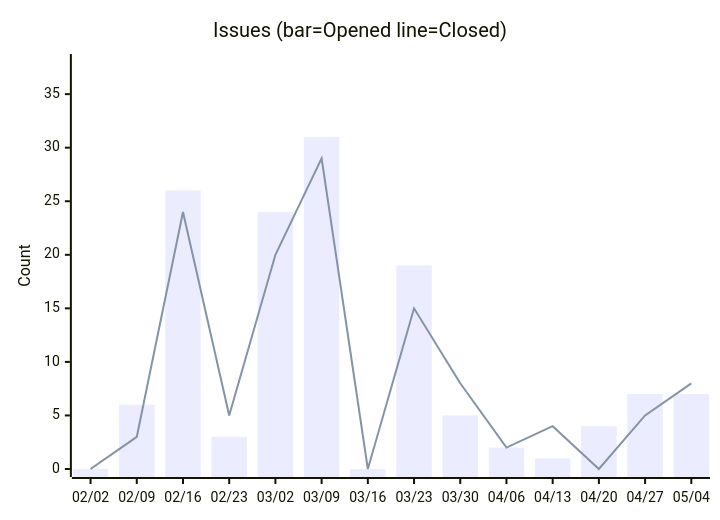
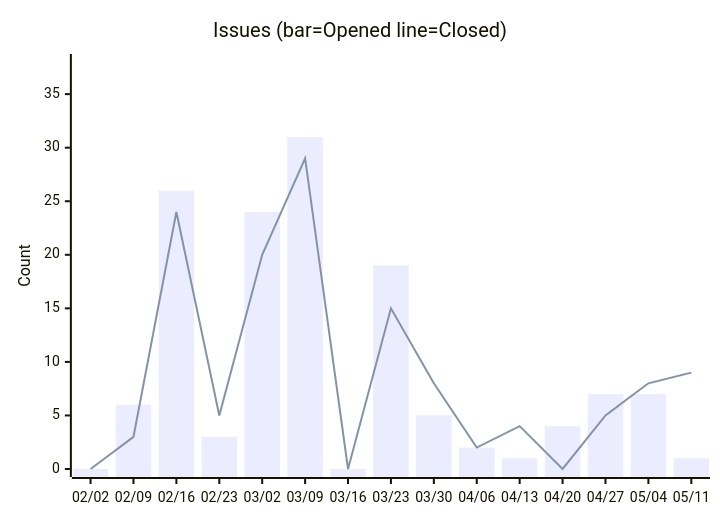
Before and after one commit to nablarch/nabledge-dev: the fifth of 14 diagrams in docs/metrics.md, drawn with Mermaid. The commit also changed other lines of this file and 2 other files, not shown here.

````diff
--- a/docs/metrics.md
+++ b/docs/metrics.md
@@ -91,8 +91,8 @@
 ```mermaid
 xychart-beta
   title "Issues (bar=Opened  line=Closed)"
-  x-axis ["02/02", "02/09", "02/16", "02/23", "03/02", "03/09", "03/16", "03/23", "03/30", "04/06", "04/13", "04/20", "04/27", "05/04"]
+  x-axis ["02/02", "02/09", "02/16", "02/23", "03/02", "03/09", "03/16", "03/23", "03/30", "04/06", "04/13", "04/20", "04/27", "05/04", "05/11"]
   y-axis "Count" 0 --> 38
-  bar [0, 6, 26, 3, 24, 31, 0, 19, 5, 2, 1, 4, 7, 7]
-  line [0, 3, 24, 5, 20, 29, 0, 15, 8, 2, 4, 0, 5, 8]
+  bar [0, 6, 26, 3, 24, 31, 0, 19, 5, 2, 1, 4, 7, 7, 1]
+  line [0, 3, 24, 5, 20, 29, 0, 15, 8, 2, 4, 0, 5, 8, 9]
 ```
````
